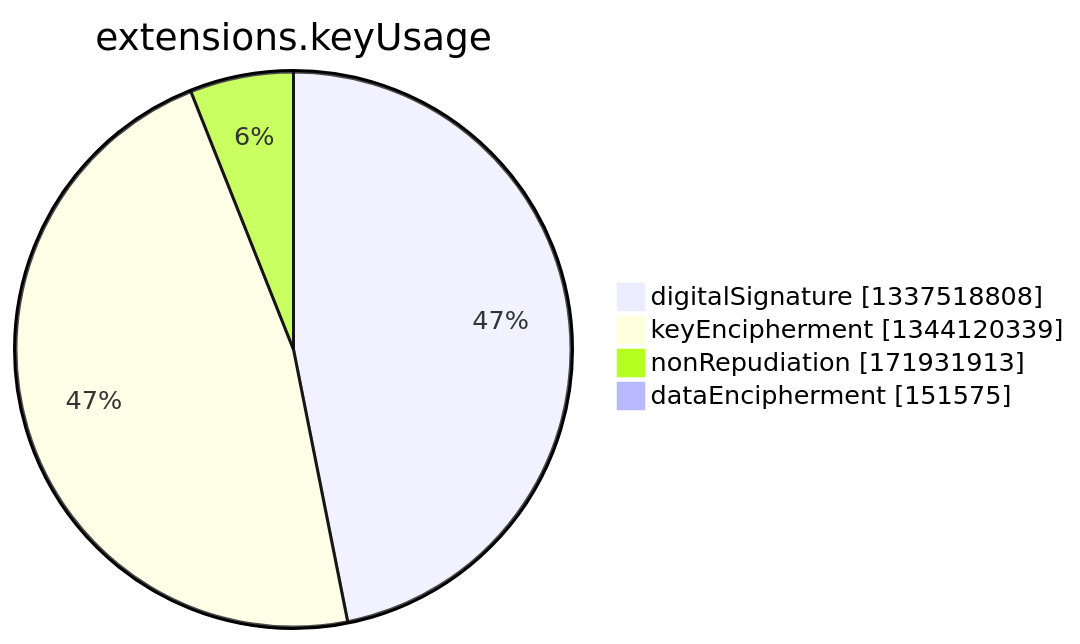
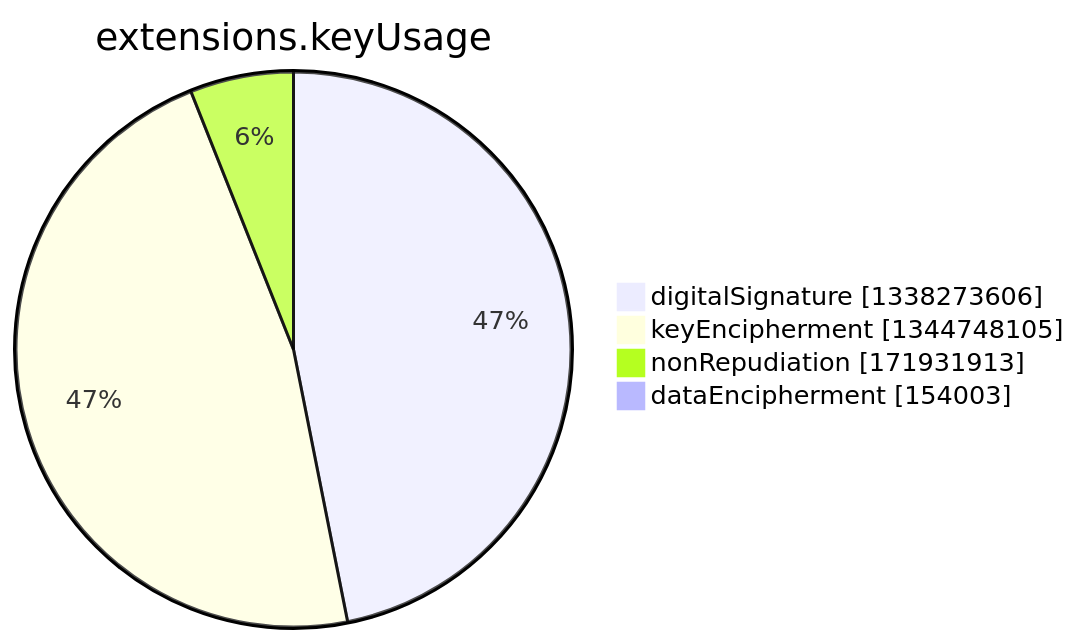
Before and after one commit to christiankrug/ctmonitor_visualization: the seventh of 15 diagrams in argon2022/README.md, drawn with Mermaid. The commit also changed other lines of this file, not shown here.

````diff
--- a/argon2022/README.md
+++ b/argon2022/README.md
@@ -2750,8 +2750,8 @@
 ```mermaid
 pie showData
 title extensions.keyUsage
-"digitalSignature" :1337518808
-"keyEncipherment" :1344120339
+"digitalSignature" :1338273606
+"keyEncipherment" :1344748105
 "nonRepudiation" :171931913
-"dataEncipherment" :151575
+"dataEncipherment" :154003
 ```
````
